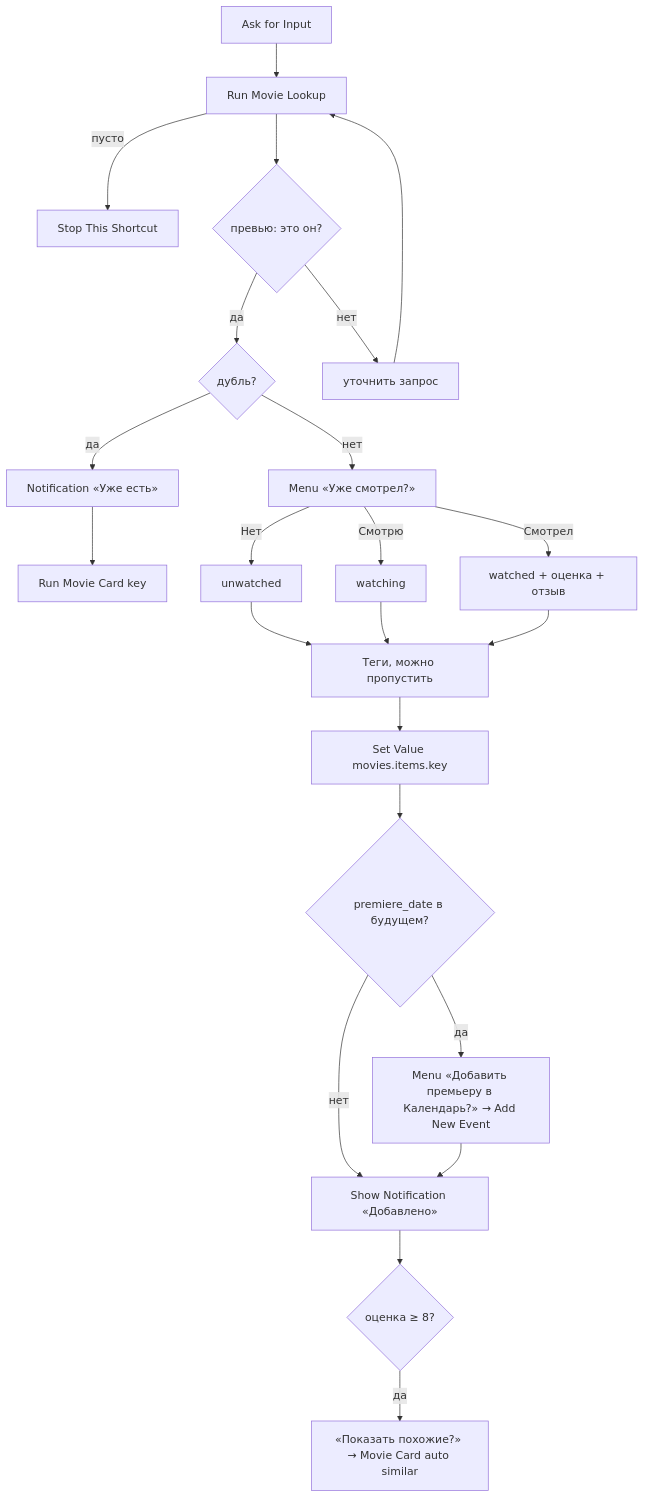
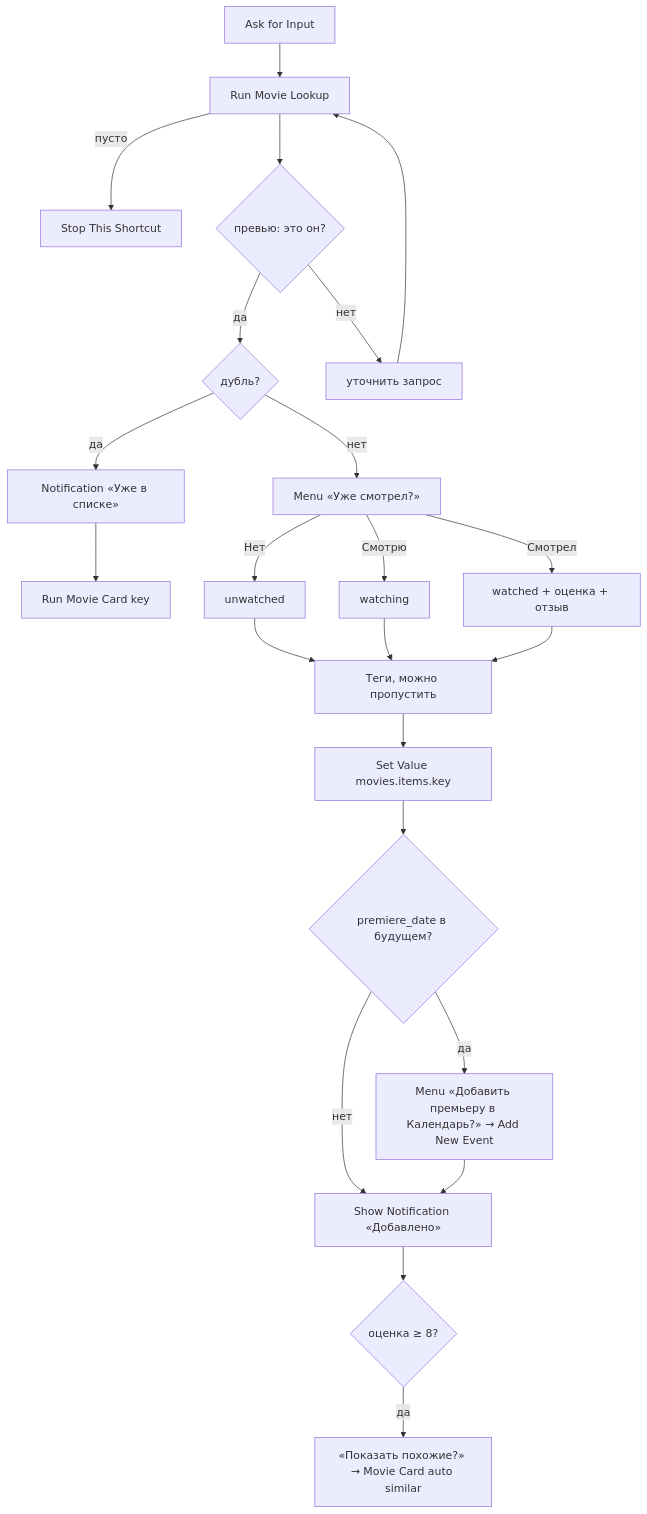
The diagram in add/README.md (Gamspi/movie_gallery), drawn with Mermaid before and after one commit. The commit also changed other lines of this file and 2 other files, not shown here.

````diff
--- a/add/README.md
+++ b/add/README.md
@@ -13,23 +13,23 @@
 ```mermaid
 flowchart TD
     A[Ask for Input] --> L[Run Movie Lookup]
     L -->|пусто| Stop[Stop This Shortcut]
-    D -->|да| N[Notification «Уже есть»] --> C[Run Movie Card key]
+    D -->|да| N[Notification «Уже в списке»] --> C[Run Movie Card key]
     D -->|нет| S[Menu «Уже смотрел?»]
     L --> PV{превью: это он?}
     PV -->|нет| Q[уточнить запрос] --> L
     PV -->|да| D{дубль?}
     S -->|Нет| U[unwatched]
     S -->|Смотрю| W[watching]
     S -->|Смотрел| R[watched + оценка + отзыв]
     U --> T[Теги, можно пропустить]
     W --> T
     R --> T
     T --> V[Set Value movies.items.key]
     V --> P{premiere_date в будущем?}
     P -->|да| Cal[Menu «Добавить премьеру в Календарь?» → Add New Event]
     P -->|нет| Done[Show Notification «Добавлено»]
     Cal --> Done
     Done --> Hi{оценка ≥ 8?}
     Hi -->|да| Sim[«Показать похожие?» → Movie Card auto similar]
 ```
````
